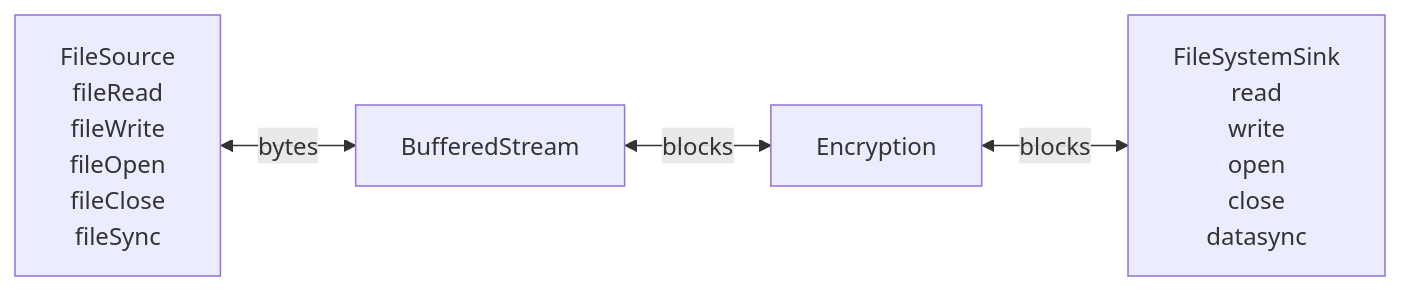
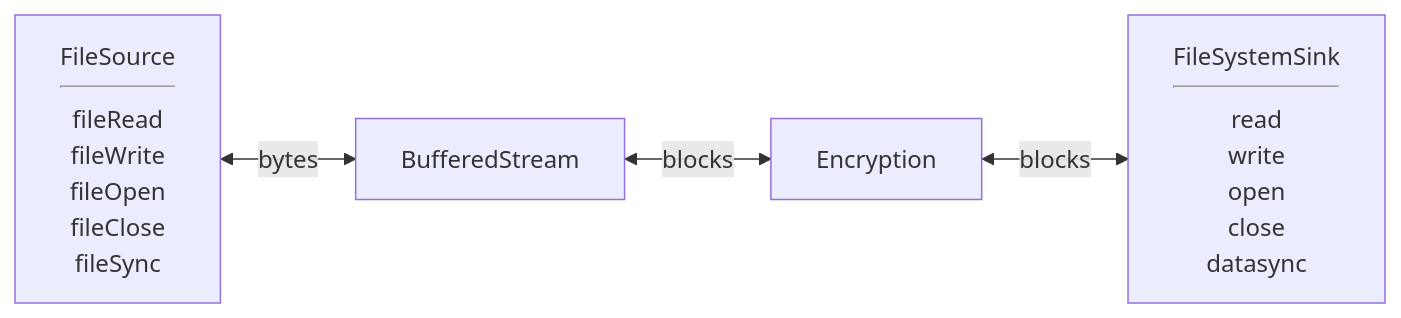
The second of 5 diagrams in README.md (precision-software/TempFiles), drawn with Mermaid before and after one commit. The commit also changed other lines of this file and 13 other files, not shown here.

````diff
--- a/README.md
+++ b/README.md
@@ -13,6 +14,6 @@
 ```mermaid
 flowchart LR
-    FileSource[FileSource <br> fileRead <br> fileWrite <br> fileOpen <br> fileClose <br> fileSync]
+    source[FileSource <hr> fileRead <br> fileWrite <br> fileOpen <br> fileClose <br> fileSync]
        <-- bytes --> BufferedStream <-- blocks --> Encryption <-- blocks --> 
-    FilesystemSink[FileSystemSink <br> read <br> write <br> open <br> close <br> datasync]
+    sink[FileSystemSink <hr> read <br> write <br> open <br> close <br> datasync]
 ```
````
